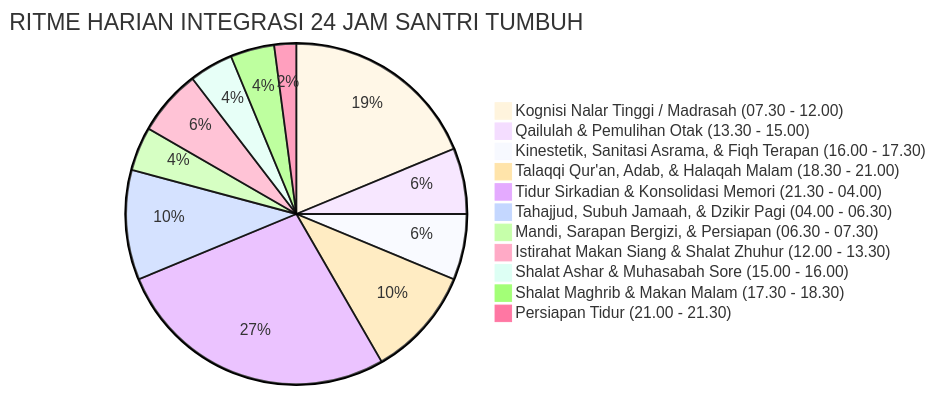
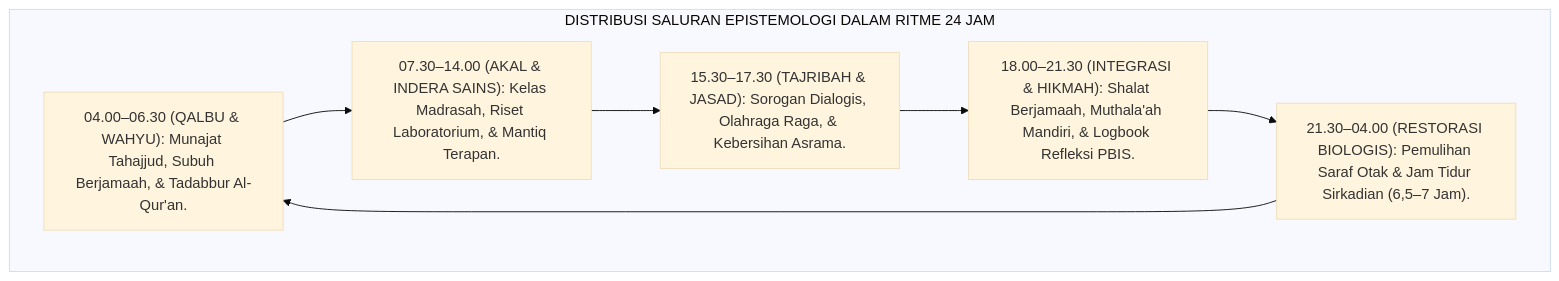
One commit to wandiapriliyandi/tumbuh changed the fifth of 6 diagrams in 01 Philosophy/01 Worldview/02 Epistemologi TUMBUH/P1-01-02-Epistemologi-TUMBUH.md. Above: the diagram before and after it, drawn with Mermaid (base theme). The commit also changed other lines of this file and 9 other files, not shown here.

Commit message:
docs(epistemology & human-nature): reconstruct all 02 Epistemologi TUMBUH, master P1-01 Worldview, and P1-02-01 Hakikat Fitrah to pure academic monograph standard

````diff
--- a/01 Philosophy/01 Worldview/02 Epistemologi TUMBUH/P1-01-02-Epistemologi-TUMBUH.md
+++ b/01 Philosophy/01 Worldview/02 Epistemologi TUMBUH/P1-01-02-Epistemologi-TUMBUH.md
@@ -152,14 +188,13 @@
 ```mermaid
-pie title RITME HARIAN INTEGRASI 24 JAM SANTRI TUMBUH
-    "Kognisi Nalar Tinggi / Madrasah (07.30 - 12.00)" : 4.5
-    "Qailulah & Pemulihan Otak (13.30 - 15.00)" : 1.5
-    "Kinestetik, Sanitasi Asrama, & Fiqh Terapan (16.00 - 17.30)" : 1.5
-    "Talaqqi Qur'an, Adab, & Halaqah Malam (18.30 - 21.00)" : 2.5
-    "Tidur Sirkadian & Konsolidasi Memori (21.30 - 04.00)" : 6.5
-    "Tahajjud, Subuh Jamaah, & Dzikir Pagi (04.00 - 06.30)" : 2.5
-    "Mandi, Sarapan Bergizi, & Persiapan (06.30 - 07.30)" : 1
-    "Istirahat Makan Siang & Shalat Zhuhur (12.00 - 13.30)" : 1.5
-    "Shalat Ashar & Muhasabah Sore (15.00 - 16.00)" : 1
-    "Shalat Maghrib & Makan Malam (17.30 - 18.30)" : 1
-    "Persiapan Tidur (21.00 - 21.30)" : 0.5
+flowchart TD
+    subgraph SiklusEpistemologi24Jam["DISTRIBUSI SALURAN EPISTEMOLOGI DALAM RITME 24 JAM"]
+        
+        Fajar["04.00–06.30 (QALBU & WAHYU): Munajat Tahajjud, Subuh Berjamaah, & Tadabbur Al-Qur'an."]
+        Pagi["07.30–14.00 (AKAL & INDERA SAINS): Kelas Madrasah, Riset Laboratorium, & Mantiq Terapan."]
+        Sore["15.30–17.30 (TAJRIBAH & JASAD): Sorogan Dialogis, Olahraga Raga, & Kebersihan Asrama."]
+        Malam["18.00–21.30 (INTEGRASI & HIKMAH): Shalat Berjamaah, Muthala'ah Mandiri, & Logbook Refleksi PBIS."]
+        Istirahat["21.30–04.00 (RESTORASI BIOLOGIS): Pemulihan Saraf Otak & Jam Tidur Sirkadian (6,5–7 Jam)."]
+        
+        Fajar --> Pagi --> Sore --> Malam --> Istirahat --> Fajar
+    end
 ```
````
